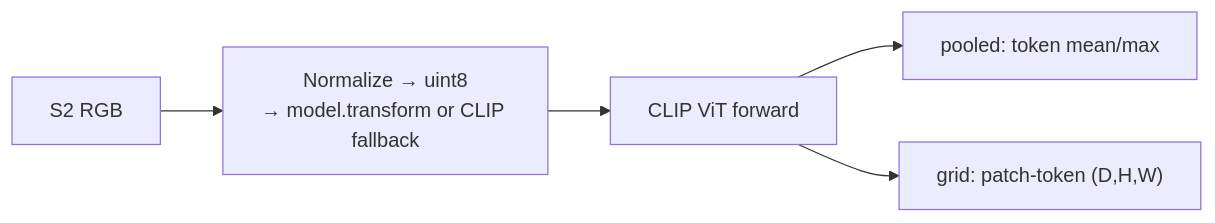
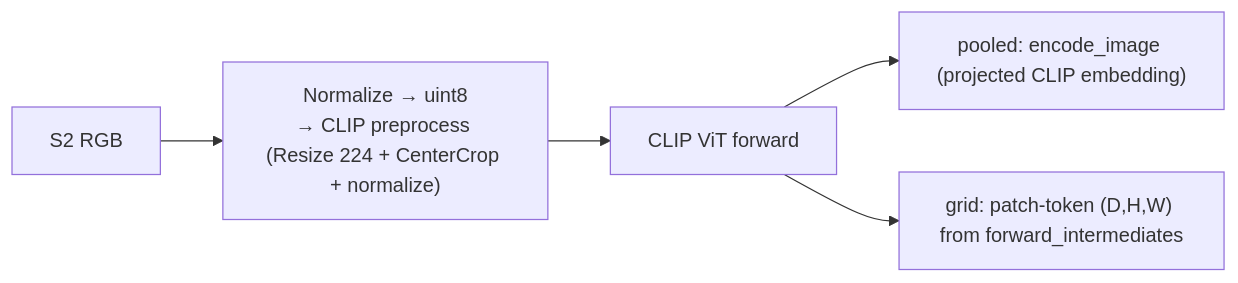
The first of 2 diagrams in docs/models/remoteclip.md (cybergis/rs-embed), drawn with Mermaid before and after one commit. The commit also changed other lines of this file and 8 other files, not shown here.

````diff
--- a/docs/models/remoteclip.md
+++ b/docs/models/remoteclip.md
@@ -46,7 +46,7 @@
 ```mermaid
 flowchart LR
-    INPUT["S2 RGB"] --> PREP["Normalize → uint8\n→ model.transform or CLIP fallback"]
+    INPUT["S2 RGB"] --> PREP["Normalize → uint8\n→ CLIP preprocess (Resize 224 + CenterCrop + normalize)"]
     PREP --> FWD["CLIP ViT forward"]
-    FWD --> POOL["pooled: token mean/max"]
-    FWD --> GRID["grid: patch-token (D,H,W)"]
+    FWD --> POOL["pooled: encode_image (projected CLIP embedding)"]
+    FWD --> GRID["grid: patch-token (D,H,W) from forward_intermediates"]
 ```
````
